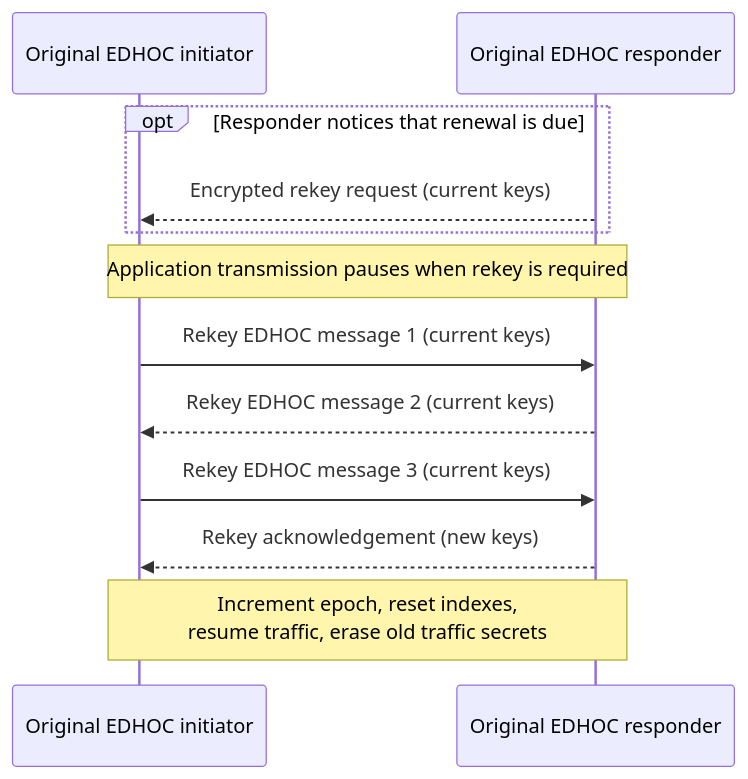
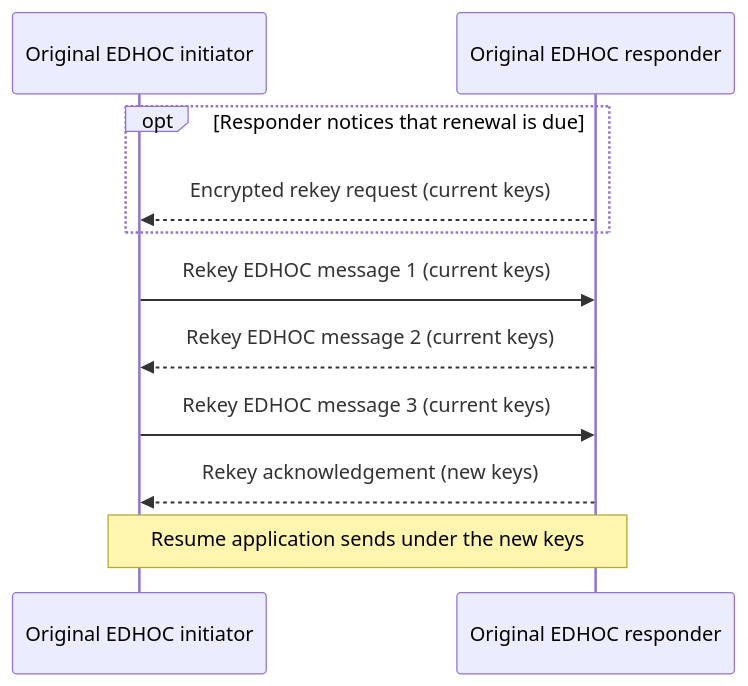
One commit to rsmp-nordic/rsmp-secure changed the seventh of 8 diagrams in rsmp_secure_v1_explained.md. Above: the diagram before and after it, drawn with Mermaid. The commit also changed other lines of this file and 1 other file, not shown here.

Commit message:
handle in-flight RSMP data during rekey

````diff
--- a/rsmp_secure_v1_explained.md
+++ b/rsmp_secure_v1_explained.md
@@ -355,16 +355,15 @@
 ```mermaid
 sequenceDiagram
     participant Initiator as Original EDHOC initiator
     participant Responder as Original EDHOC responder
 
     opt Responder notices that renewal is due
         Responder-->>Initiator: Encrypted rekey request (current keys)
     end
 
-    Note over Initiator,Responder: Application transmission pauses when rekey is required
     Initiator->>Responder: Rekey EDHOC message 1 (current keys)
     Responder-->>Initiator: Rekey EDHOC message 2 (current keys)
     Initiator->>Responder: Rekey EDHOC message 3 (current keys)
     Responder-->>Initiator: Rekey acknowledgement (new keys)
-    Note over Initiator,Responder: Increment epoch, reset indexes,<br/>resume traffic, erase old traffic secrets
+    Note over Initiator,Responder: Resume application sends under the new keys
 ```
````
